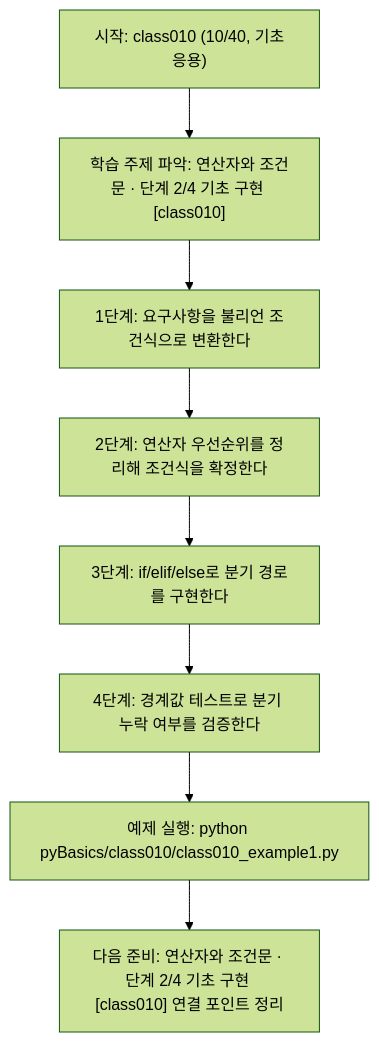
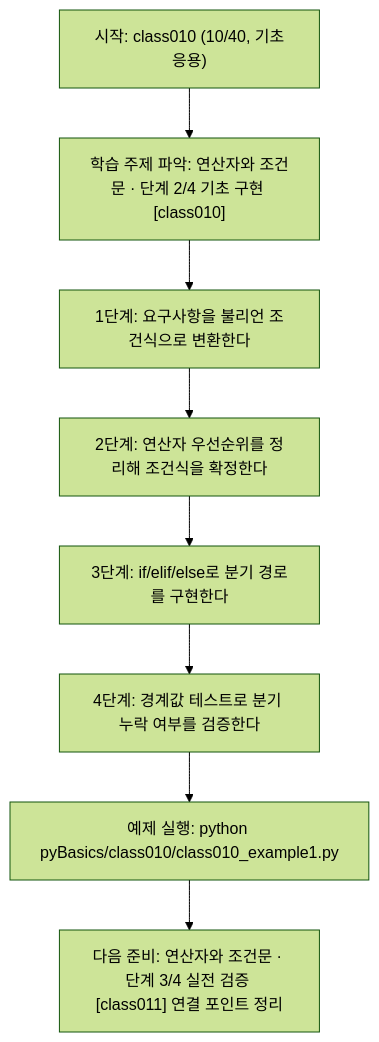
The diagram in pyBasics/class010/class010.md (edumgt/Python-AI_Agent-Class), drawn with Mermaid (forest theme) before and after one commit. The commit also changed other lines of this file and 2370 other files, not shown here.

````diff
--- a/pyBasics/class010/class010.md
+++ b/pyBasics/class010/class010.md
@@ -109,18 +91,18 @@
 ```mermaid
 flowchart TD
 N1["시작: class010 (10/40, 기초응용)"]
 N2["학습 주제 파악: 연산자와 조건문 · 단계 2/4 기초 구현 [class010]"]
 N3["1단계: 요구사항을 불리언 조건식으로 변환한다"]
 N4["2단계: 연산자 우선순위를 정리해 조건식을 확정한다"]
 N5["3단계: if/elif/else로 분기 경로를 구현한다"]
 N6["4단계: 경계값 테스트로 분기 누락 여부를 검증한다"]
 N7["예제 실행: python pyBasics/class010/class010_example1.py"]
-N8["다음 준비: 연산자와 조건문 · 단계 2/4 기초 구현 [class010] 연결 포인트 정리"]
+N8["다음 준비: 연산자와 조건문 · 단계 3/4 실전 검증 [class011] 연결 포인트 정리"]
 N1 --> N2
 N2 --> N3
 N3 --> N4
 N4 --> N5
 N5 --> N6
 N6 --> N7
 N7 --> N8
 ```
````
